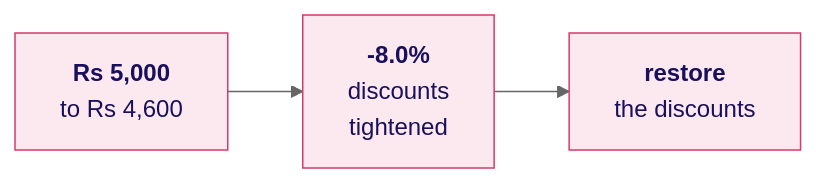
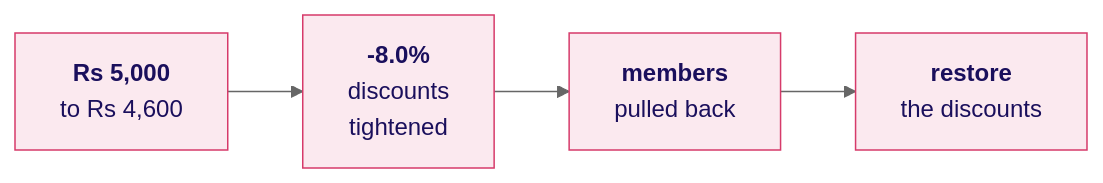
One commit to fde-academy-lab/c2-content-factory changed the ninth of 13 diagrams in content/W01/D2/slides/C2_W01_D02_half1_STUDENT.md. Above: the diagram before and after it, drawn with Mermaid (neutral theme). The commit also changed other lines of this file and 3 other files, not shown here.

````diff
--- a/content/W01/D2/slides/C2_W01_D02_half1_STUDENT.md
+++ b/content/W01/D2/slides/C2_W01_D02_half1_STUDENT.md
@@ -621,7 +535,7 @@
 ```mermaid
 flowchart LR
     A["<b>Rs 5,000</b><br/>to Rs 4,600"] --> B["<b>-8.0%</b><br/>discounts<br/>tightened"]
-    B --> C["<b>restore</b><br/>the discounts"]
+    B --> C["<b>members</b><br/>pulled back"] --> D["<b>restore</b><br/>the discounts"]
     classDef bad fill:#FBE9EF,stroke:#D63A6A,color:#1A0F5C
-    class A,B,C bad
+    class A,B,C,D bad
 ```
````
